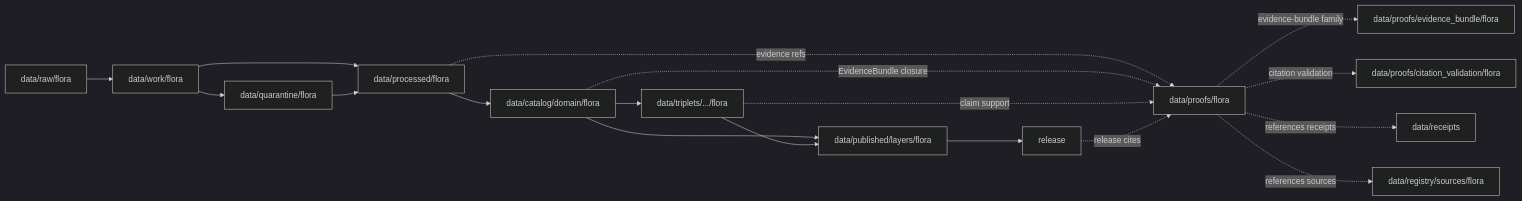
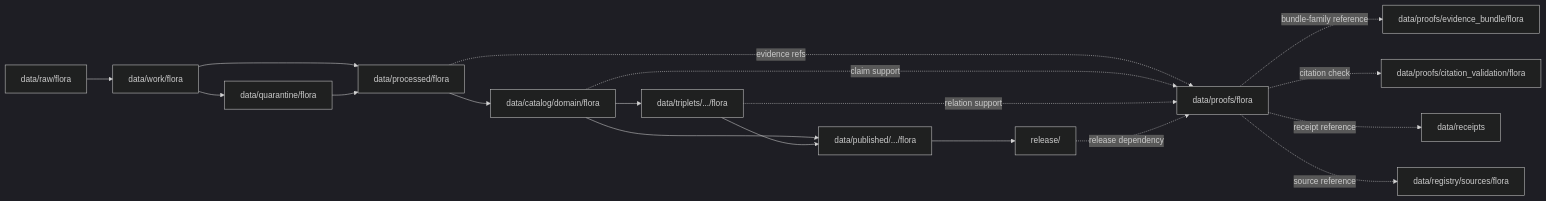
One commit to bartytime4life/Kansas-Frontier-Matrix changed the diagram in data/proofs/flora/README.md. Above: the diagram before and after it, drawn with Mermaid (dark theme). The commit also changed other lines of this file, not shown here.

Commit message:
docs(proofs): modernize Flora proof README

````diff
--- a/data/proofs/flora/README.md
+++ b/data/proofs/flora/README.md
@@ -105,21 +440,22 @@
 ```mermaid
 flowchart LR
-  RAW[data/raw/flora] --> WORK[data/work/flora]
-  WORK --> QUAR[data/quarantine/flora]
-  WORK --> PROC[data/processed/flora]
-  QUAR --> PROC
-  PROC --> CAT[data/catalog/domain/flora]
-  CAT --> TRIP[data/triplets/.../flora]
-  CAT --> PUB[data/published/layers/flora]
-  TRIP --> PUB
-  PUB --> REL[release]
+    RAW["data/raw/flora"] --> WORK["data/work/flora"]
+    WORK --> QUAR["data/quarantine/flora"]
+    WORK --> PROC["data/processed/flora"]
+    QUAR --> PROC
+    PROC --> CAT["data/catalog/domain/flora"]
+    CAT --> TRIP["data/triplets/.../flora"]
+    CAT --> PUB["data/published/.../flora"]
+    TRIP --> PUB
+    PUB --> REL["release/"]
 
-  PROC -. evidence refs .-> PROOF[data/proofs/flora]
-  CAT -. EvidenceBundle closure .-> PROOF
-  TRIP -. claim support .-> PROOF
-  REL -. release cites .-> PROOF
-  PROOF -. evidence-bundle family .-> EB[data/proofs/evidence_bundle/flora]
-  PROOF -. citation validation .-> CIT[data/proofs/citation_validation/flora]
-  PROOF -. references receipts .-> RECEIPTS[data/receipts]
-  PROOF -. references sources .-> REG[data/registry/sources/flora]
+    PROC -. "evidence refs" .-> PROOF["data/proofs/flora"]
+    CAT -. "claim support" .-> PROOF
+    TRIP -. "relation support" .-> PROOF
+    REL -. "release dependency" .-> PROOF
+
+    PROOF -. "bundle-family reference" .-> EB["data/proofs/evidence_bundle/flora"]
+    PROOF -. "citation check" .-> CIT["data/proofs/citation_validation/flora"]
+    PROOF -. "receipt reference" .-> RECEIPTS["data/receipts"]
+    PROOF -. "source reference" .-> REG["data/registry/sources/flora"]
 ```
````
